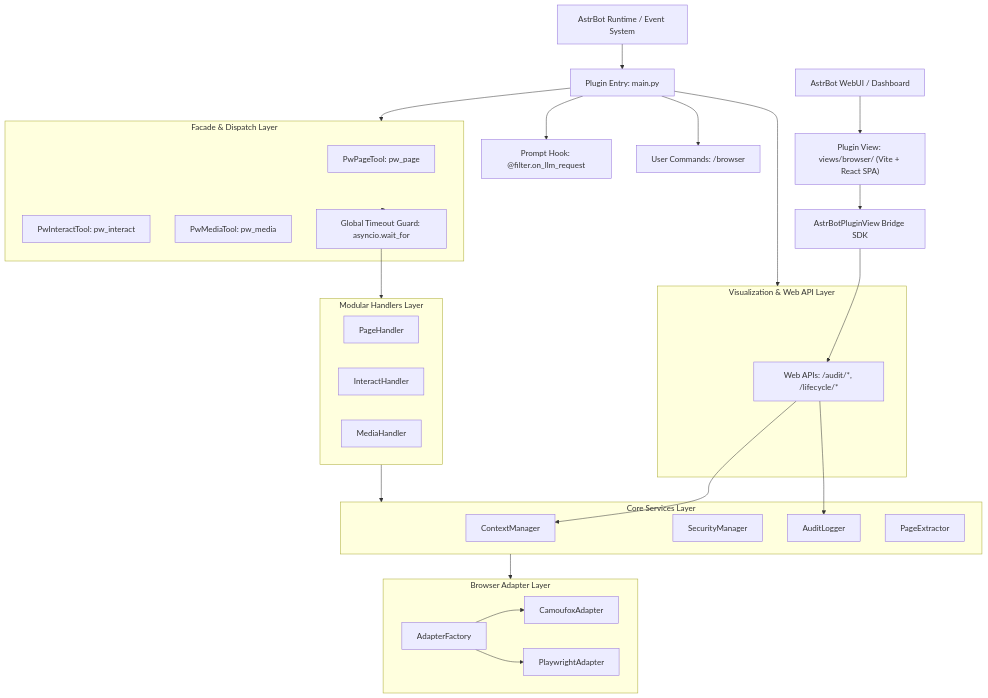
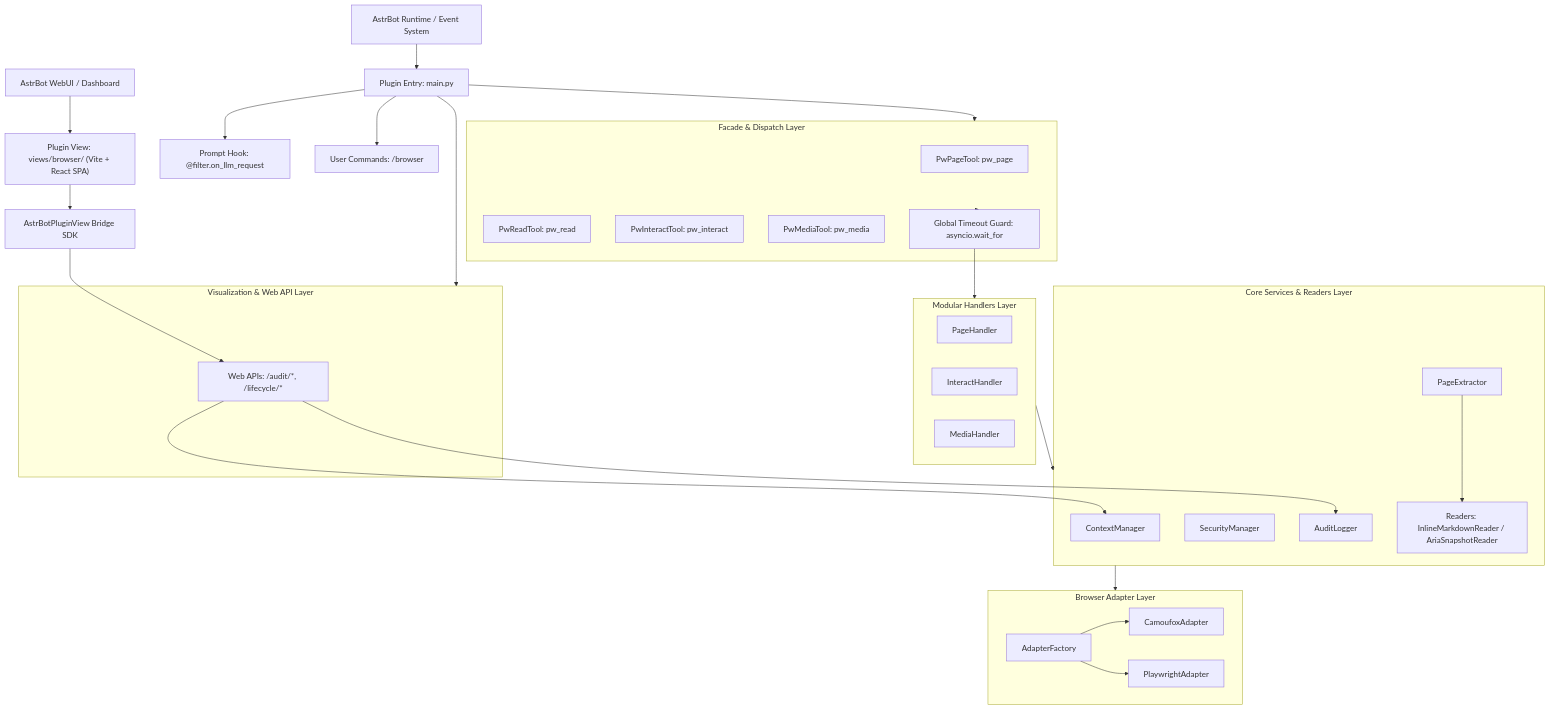
The diagram in docs/ARCHITECTURE.md (SmileYik/astrbot_plugin_playwright_tools), drawn with Mermaid before and after one commit. The commit also changed other lines of this file and 1 other file, not shown here.

Commit message:
docs(arch): update architecture and agent guidelines for 4-tool and readers

````diff
--- a/docs/ARCHITECTURE.md
+++ b/docs/ARCHITECTURE.md
@@ -11,58 +11,61 @@
 ```mermaid
 flowchart TD
     AstrBot[AstrBot Runtime / Event System]
     PluginEntry[Plugin Entry: main.py]
     PromptHook["Prompt Hook: @filter.on_llm_request"]
     Cmds["User Commands: /browser"]
     WebUI["AstrBot WebUI / Dashboard"]
     BrowserView["Plugin View: views/browser/ (Vite + React SPA)"]
     Bridge["AstrBotPluginView Bridge SDK"]
     
     subgraph ViewLayer [Visualization & Web API Layer]
         WebAPI["Web APIs: /audit/*, /lifecycle/*"]
     end
 
     subgraph FacadeLayer [Facade & Dispatch Layer]
         PwPage[PwPageTool: pw_page]
+        PwRead[PwReadTool: pw_read]
         PwInteract[PwInteractTool: pw_interact]
         PwMedia[PwMediaTool: pw_media]
         TimeoutWrapper["Global Timeout Guard: asyncio.wait_for"]
     end
 
     subgraph HandlerLayer [Modular Handlers Layer]
         PageHandler[PageHandler]
         InteractHandler[InteractHandler]
         MediaHandler[MediaHandler]
     end
 
-    subgraph CoreLayer [Core Services Layer]
+    subgraph CoreLayer [Core Services & Readers Layer]
         CtxMgr[ContextManager]
         SecMgr[SecurityManager]
         AuditLog[AuditLogger]
         Extractor[PageExtractor]
+        Readers["Readers: InlineMarkdownReader / AriaSnapshotReader"]
+        Extractor --> Readers
     end
 
     subgraph AdaptLayer [Browser Adapter Layer]
         Factory[AdapterFactory]
         Camoufox[CamoufoxAdapter]
         Playwright[PlaywrightAdapter]
         Factory --> Camoufox
         Factory --> Playwright
     end
 
     AstrBot --> PluginEntry
     PluginEntry --> PromptHook
     PluginEntry --> Cmds
     PluginEntry --> FacadeLayer
     PluginEntry --> ViewLayer
     FacadeLayer --> TimeoutWrapper
     TimeoutWrapper --> HandlerLayer
     HandlerLayer --> CoreLayer
     CoreLayer --> AdaptLayer
 
     WebUI --> BrowserView
     BrowserView --> Bridge
     Bridge --> WebAPI
     WebAPI --> AuditLog
     WebAPI --> CtxMgr
 ```
````
